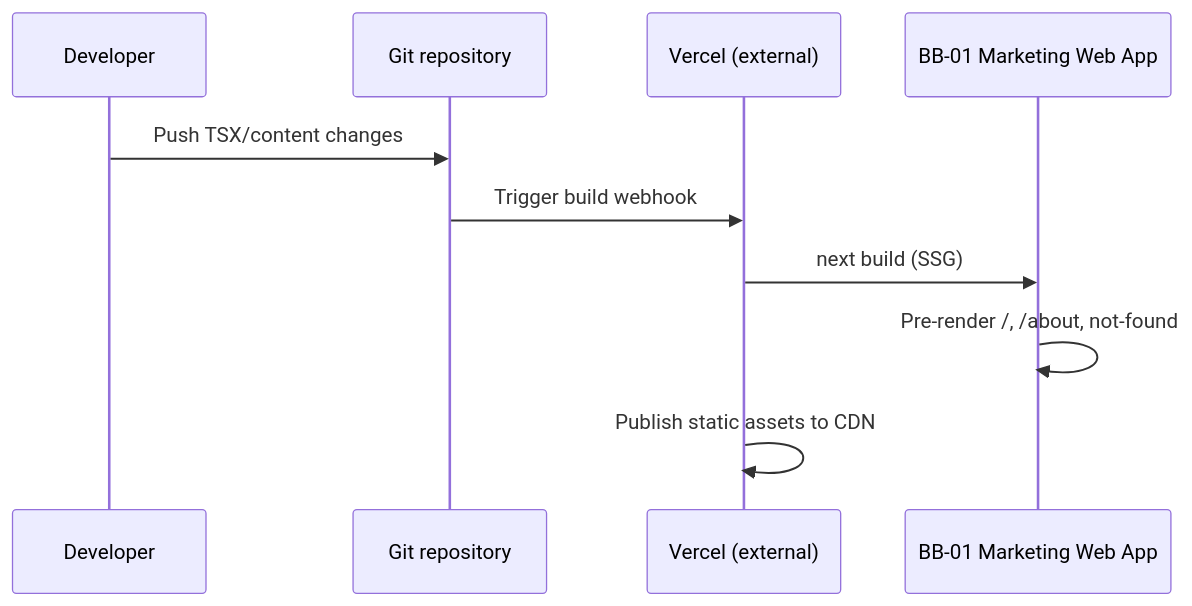
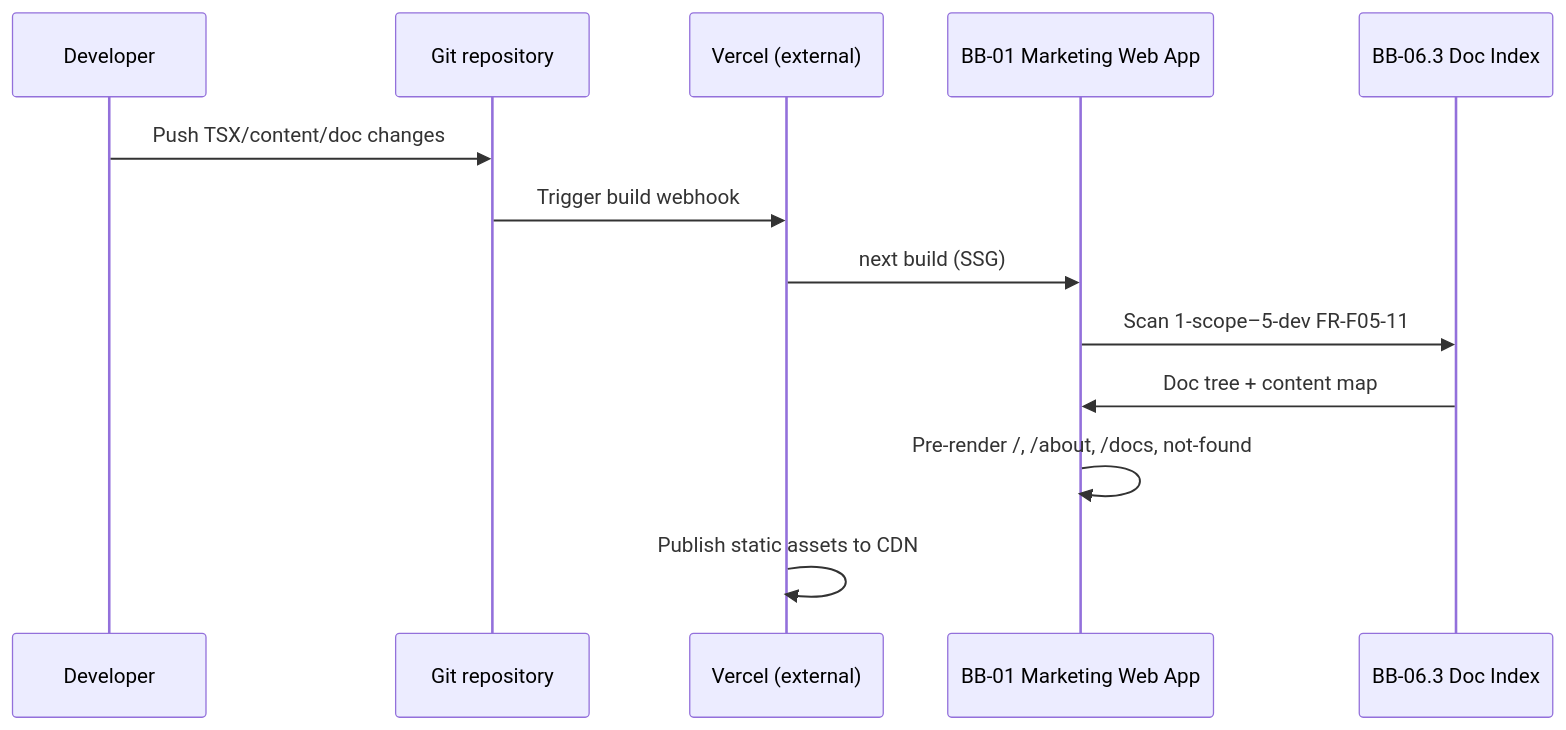
The fourth of 4 diagrams in 3-arch/runtime-views.md (mikeshoo35-a11y/website3), drawn with Mermaid before and after one commit. The commit also changed other lines of this file and 15 other files, not shown here.

````diff
--- a/3-arch/runtime-views.md
+++ b/3-arch/runtime-views.md
@@ -117,12 +156,15 @@
 ```mermaid
 sequenceDiagram
     participant Dev as Developer
     participant Git as Git repository
     participant Vercel as Vercel (external)
     participant App as BB-01 Marketing Web App
-    Dev->>Git: Push TSX/content changes
+    participant Index as BB-06.3 Doc Index
+    Dev->>Git: Push TSX/content/doc changes
     Git->>Vercel: Trigger build webhook
     Vercel->>App: next build (SSG)
-    App->>App: Pre-render /, /about, not-found
+    App->>Index: Scan 1-scope–5-dev FR-F05-11
+    Index->>App: Doc tree + content map
+    App->>App: Pre-render /, /about, /docs, not-found
     Vercel->>Vercel: Publish static assets to CDN
 ```
````
